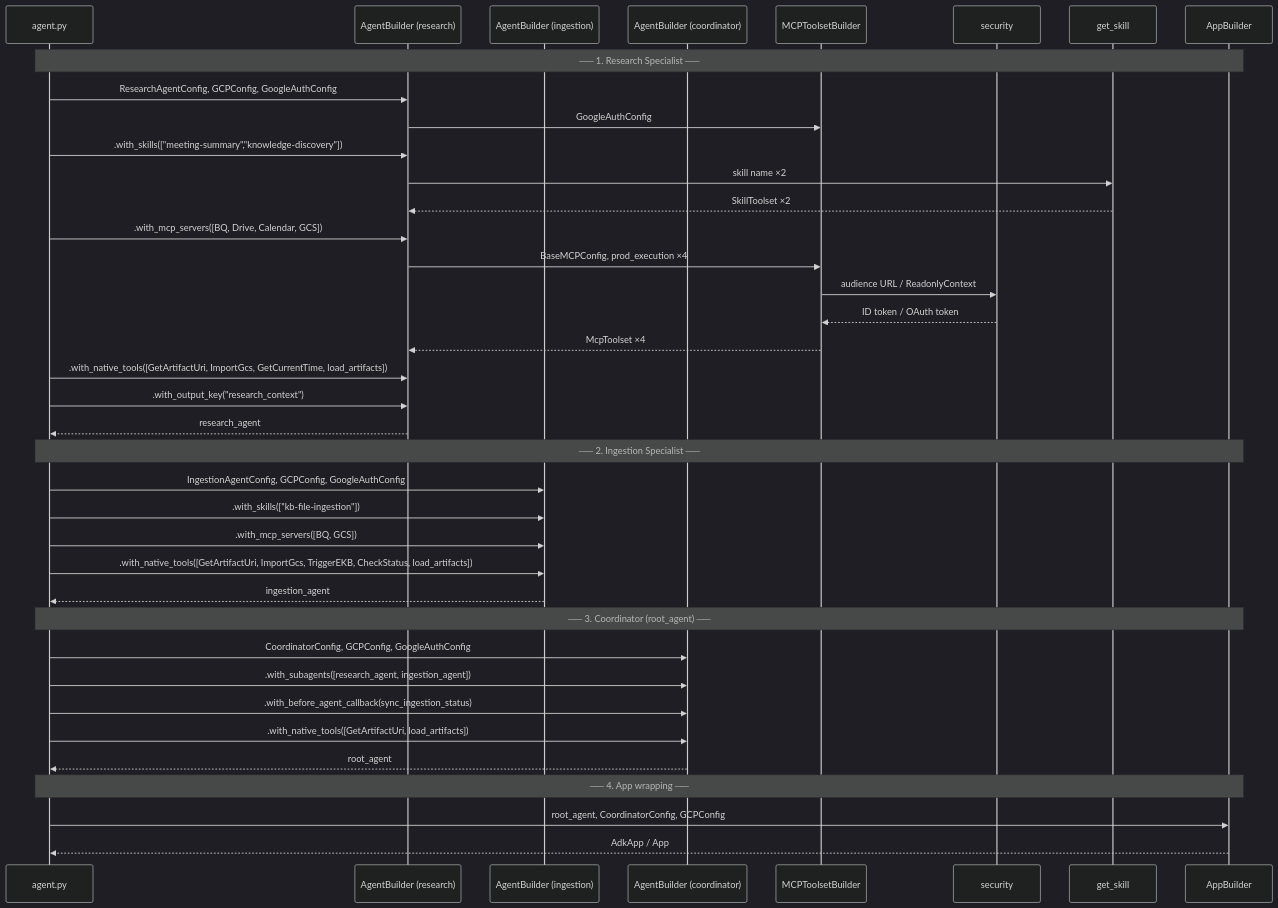
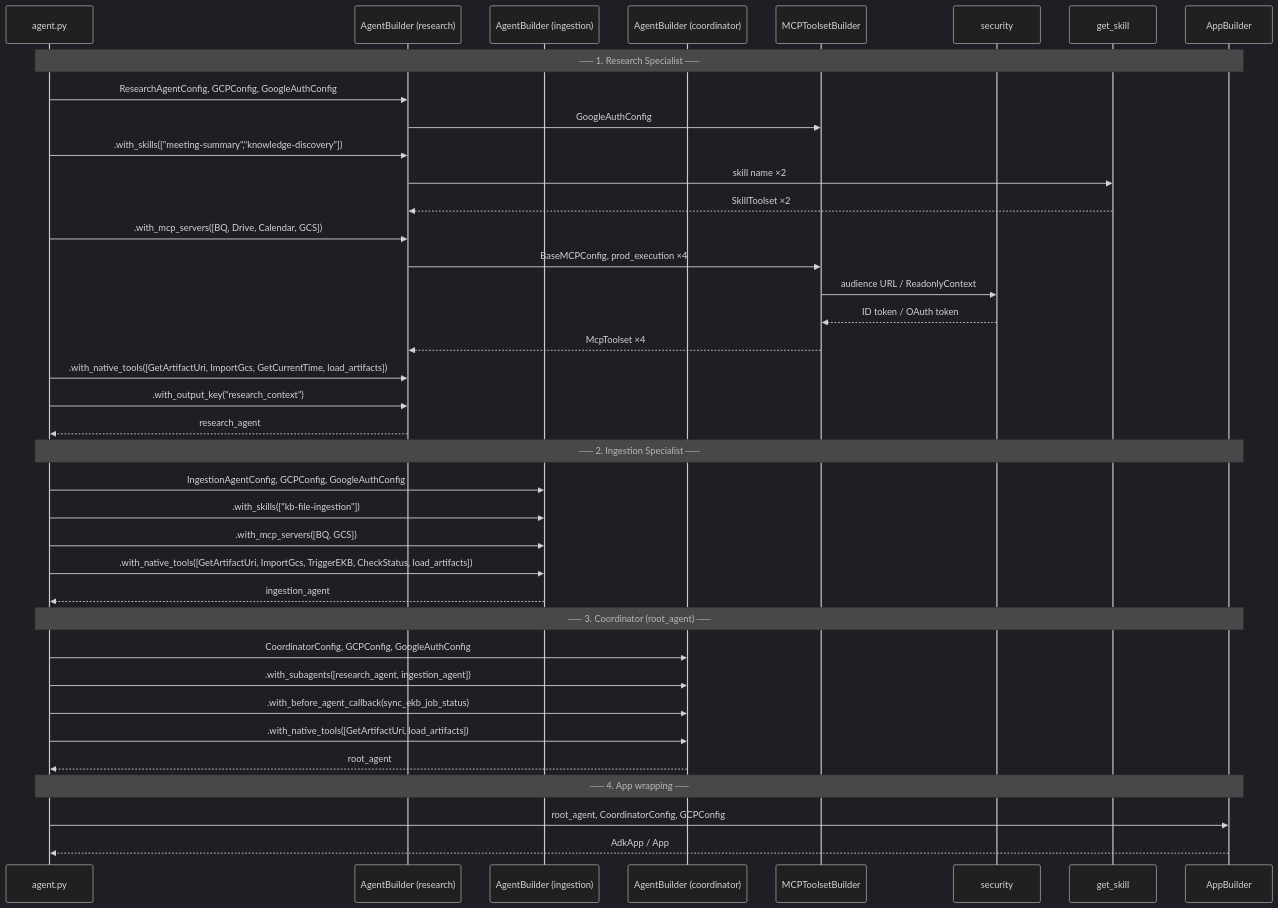
The diagram in agent/core_agent/README.md (eamadorm-endava/Research-Agent), drawn with Mermaid (dark theme) before and after one commit. The commit also changed other lines of this file and 88 other files, not shown here.

First line of the commit message:
AI Agent / Refactor - Zero copy artifact ingestion & Folder Structure (#220)

````diff
--- a/agent/core_agent/README.md
+++ b/agent/core_agent/README.md
@@ -78,44 +78,44 @@
 ```mermaid
 sequenceDiagram
     participant ap as agent.py
     participant rb as AgentBuilder (research)
     participant ib as AgentBuilder (ingestion)
     participant cb as AgentBuilder (coordinator)
     participant mcp as MCPToolsetBuilder
     participant sec as security
     participant sf as get_skill
     participant ab as AppBuilder
 
     Note over ap,ab: ── 1. Research Specialist ──
     ap->>rb: ResearchAgentConfig, GCPConfig, GoogleAuthConfig
     rb->>mcp: GoogleAuthConfig
     ap->>rb: .with_skills(["meeting-summary","knowledge-discovery"])
     rb->>sf: skill name ×2
     sf-->>rb: SkillToolset ×2
     ap->>rb: .with_mcp_servers([BQ, Drive, Calendar, GCS])
     rb->>mcp: BaseMCPConfig, prod_execution ×4
     mcp->>sec: audience URL / ReadonlyContext
     sec-->>mcp: ID token / OAuth token
     mcp-->>rb: McpToolset ×4
     ap->>rb: .with_native_tools([GetArtifactUri, ImportGcs, GetCurrentTime, load_artifacts])
     ap->>rb: .with_output_key("research_context")
     rb-->>ap: research_agent
 
     Note over ap,ab: ── 2. Ingestion Specialist ──
     ap->>ib: IngestionAgentConfig, GCPConfig, GoogleAuthConfig
     ap->>ib: .with_skills(["kb-file-ingestion"])
     ap->>ib: .with_mcp_servers([BQ, GCS])
     ap->>ib: .with_native_tools([GetArtifactUri, ImportGcs, TriggerEKB, CheckStatus, load_artifacts])
     ib-->>ap: ingestion_agent
 
     Note over ap,ab: ── 3. Coordinator (root_agent) ──
     ap->>cb: CoordinatorConfig, GCPConfig, GoogleAuthConfig
     ap->>cb: .with_subagents([research_agent, ingestion_agent])
-    ap->>cb: .with_before_agent_callback(sync_ingestion_status)
+    ap->>cb: .with_before_agent_callback(sync_ekb_job_status)
     ap->>cb: .with_native_tools([GetArtifactUri, load_artifacts])
     cb-->>ap: root_agent
 
     Note over ap,ab: ── 4. App wrapping ──
     ap->>ab: root_agent, CoordinatorConfig, GCPConfig
     ab-->>ap: AdkApp / App
 ```
````
